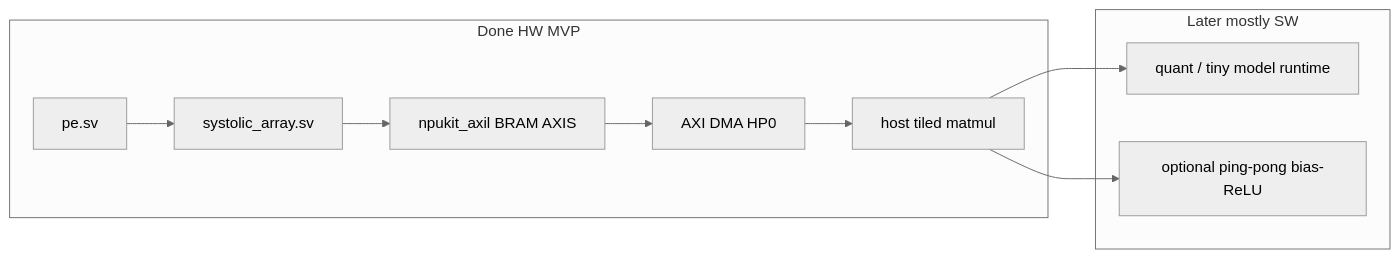
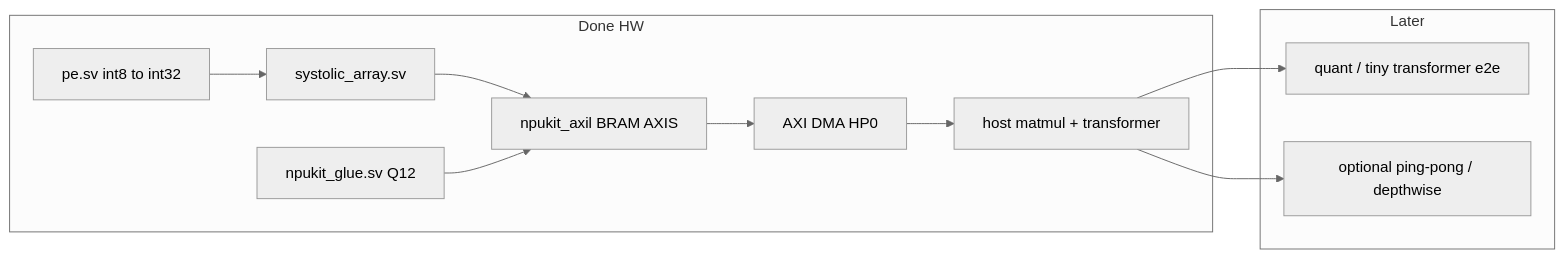
Before and after one commit to NetKit-Labs/npukit: the diagram in PLAN.md, drawn with Mermaid (neutral theme). The commit also changed other lines of this file and 7 other files, not shown here.

````diff
--- a/PLAN.md
+++ b/PLAN.md
@@ -26,17 +29,20 @@
 ```mermaid
 flowchart LR
-  subgraph done [Done HW MVP]
-    PE[pe.sv]
+  subgraph done [Done HW]
+    PE[pe.sv int8 to int32]
     SA[systolic_array.sv]
+    GLUE[npukit_glue.sv Q12]
     AXIL[npukit_axil BRAM AXIS]
     DMA[AXI DMA HP0]
-    HOST[host tiled matmul]
-    PE --> SA --> AXIL --> DMA --> HOST
+    HOST[host matmul + transformer]
+    PE --> SA --> AXIL
+    GLUE --> AXIL
+    AXIL --> DMA --> HOST
   end
-  subgraph later [Later mostly SW]
-    Q[quant / tiny model runtime]
-    PP[optional ping-pong bias-ReLU]
+  subgraph later [Later]
+    Q[quant / tiny transformer e2e]
+    PP[optional ping-pong / depthwise]
     HOST --> Q
     HOST --> PP
   end
 ```
````
